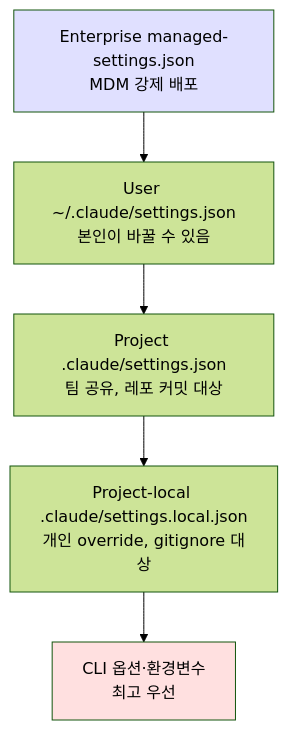
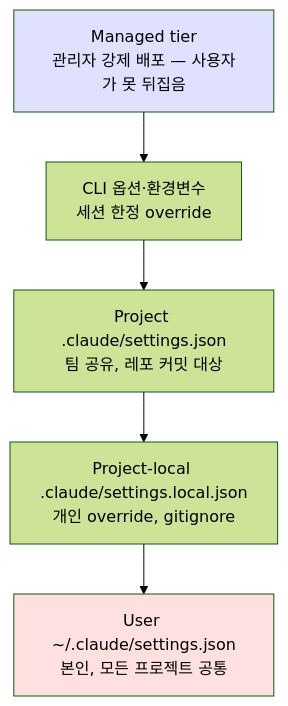
Before and after one commit to KimJongGeun/Security-Technology-Research-Institute-Learning-Materials: the first of 3 diagrams in docs/ai-security/06_claude_code_cli_security.md, drawn with Mermaid (forest theme). The commit also changed other lines of this file, not shown here.

First line of the commit message:
docs: 06 Claude Code CLI 보안 — Server-managed settings 반영

````diff
--- a/docs/ai-security/06_claude_code_cli_security.md
+++ b/docs/ai-security/06_claude_code_cli_security.md
@@ -110,10 +112,13 @@
 ```mermaid
 flowchart TB
-    A[Enterprise managed-settings.json<br/>MDM 강제 배포] --> B[User ~/.claude/settings.json<br/>본인이 바꿀 수 있음]
-    B --> C[Project .claude/settings.json<br/>팀 공유, 레포 커밋 대상]
-    C --> D[Project-local .claude/settings.local.json<br/>개인 override, gitignore 대상]
-    D --> E[CLI 옵션·환경변수<br/>최고 우선]
+    M[Managed tier<br/>관리자 강제 배포 — 사용자가 못 뒤집음]
+    CLI[CLI 옵션·환경변수<br/>세션 한정 override]
+    P[Project .claude/settings.json<br/>팀 공유, 레포 커밋 대상]
+    L[Project-local .claude/settings.local.json<br/>개인 override, gitignore]
+    U[User ~/.claude/settings.json<br/>본인, 모든 프로젝트 공통]
 
-    style A fill:#e0e0ff
-    style E fill:#ffe0e0
+    M --> CLI --> P --> L --> U
+
+    style M fill:#e0e0ff
+    style U fill:#ffe0e0
 ```
````
